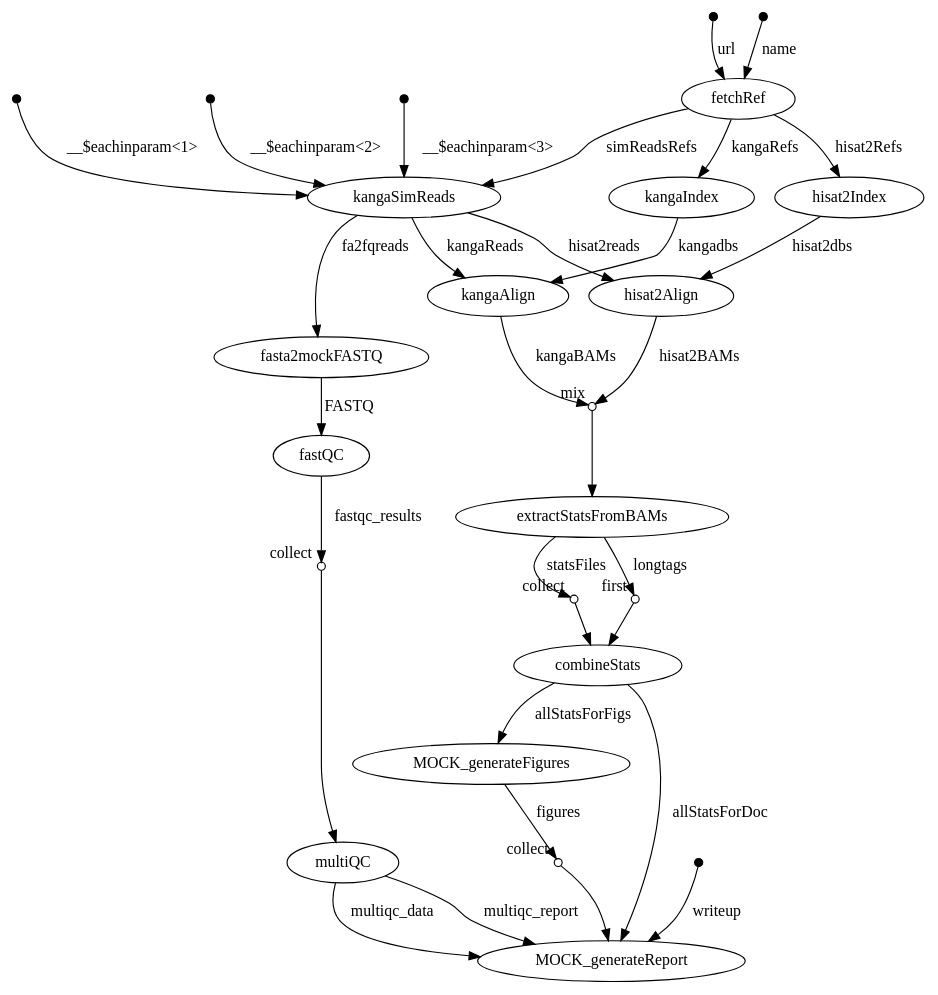
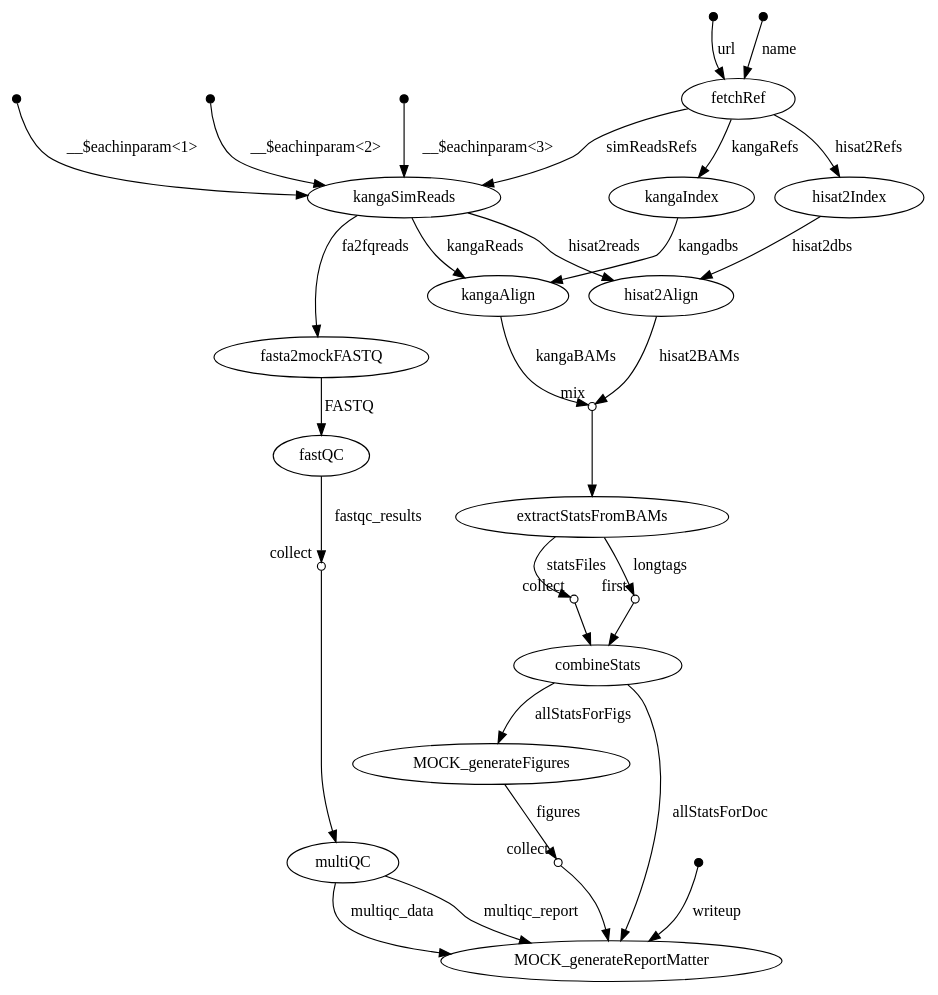
The diagram in doc/flowchart.dot (csiro-crop-informatics/reproducible_poc), drawn with Graphviz before and after one commit. The commit also changed 3 other files, not shown here.

```diff
--- a/doc/flowchart.dot
+++ b/doc/flowchart.dot
@@ -1,122 +1,122 @@
 digraph flowchart {
 p0 [shape=point,label="",fixedsize=true,width=0.1];
 p2 [label="fetchRef"];
 p0 -> p2 [label="url"];
 
 p1 [shape=point,label="",fixedsize=true,width=0.1];
 p2 [label="fetchRef"];
 p1 -> p2 [label="name"];
 
 p2 [label="fetchRef"];
 p13 [label="kangaIndex"];
 p2 -> p13 [label="kangaRefs"];
 
 p2 [label="fetchRef"];
 p11 [label="hisat2Index"];
 p2 -> p11 [label="hisat2Refs"];
 
 p2 [label="fetchRef"];
 p6 [label="kangaSimReads"];
 p2 -> p6 [label="simReadsRefs"];
 
 p3 [shape=point,label="",fixedsize=true,width=0.1];
 p6 [label="kangaSimReads"];
 p3 -> p6 [label="__$eachinparam<1>"];
 
 p4 [shape=point,label="",fixedsize=true,width=0.1];
 p6 [label="kangaSimReads"];
 p4 -> p6 [label="__$eachinparam<2>"];
 
 p5 [shape=point,label="",fixedsize=true,width=0.1];
 p6 [label="kangaSimReads"];
 p5 -> p6 [label="__$eachinparam<3>"];
 
 p6 [label="kangaSimReads"];
 p14 [label="kangaAlign"];
 p6 -> p14 [label="kangaReads"];
 
 p6 [label="kangaSimReads"];
 p12 [label="hisat2Align"];
 p6 -> p12 [label="hisat2reads"];
 
 p6 [label="kangaSimReads"];
 p7 [label="fasta2mockFASTQ"];
 p6 -> p7 [label="fa2fqreads"];
 
 p7 [label="fasta2mockFASTQ"];
 p8 [label="fastQC"];
 p7 -> p8 [label="FASTQ"];
 
 p8 [label="fastQC"];
 p9 [shape=circle,label="",fixedsize=true,width=0.1,xlabel="collect"];
 p8 -> p9 [label="fastqc_results"];
 
 p9 [shape=circle,label="",fixedsize=true,width=0.1,xlabel="collect"];
 p10 [label="multiQC"];
 p9 -> p10;
 
 p10 [label="multiQC"];
-p23 [label="MOCK_generateReport"];
+p23 [label="MOCK_generateReportMatter"];
 p10 -> p23 [label="multiqc_report"];
 
 p10 [label="multiQC"];
-p23 [label="MOCK_generateReport"];
+p23 [label="MOCK_generateReportMatter"];
 p10 -> p23 [label="multiqc_data"];
 
 p11 [label="hisat2Index"];
 p12 [label="hisat2Align"];
 p11 -> p12 [label="hisat2dbs"];
 
 p12 [label="hisat2Align"];
 p15 [shape=circle,label="",fixedsize=true,width=0.1,xlabel="mix"];
 p12 -> p15 [label="hisat2BAMs"];
 
 p13 [label="kangaIndex"];
 p14 [label="kangaAlign"];
 p13 -> p14 [label="kangadbs"];
 
 p14 [label="kangaAlign"];
 p15 [shape=circle,label="",fixedsize=true,width=0.1,xlabel="mix"];
 p14 -> p15 [label="kangaBAMs"];
 
 p15 [shape=circle,label="",fixedsize=true,width=0.1,xlabel="mix"];
 p16 [label="extractStatsFromBAMs"];
 p15 -> p16;
 
 p16 [label="extractStatsFromBAMs"];
 p17 [shape=circle,label="",fixedsize=true,width=0.1,xlabel="collect"];
 p16 -> p17 [label="statsFiles"];
 
 p16 [label="extractStatsFromBAMs"];
 p18 [shape=circle,label="",fixedsize=true,width=0.1,xlabel="first"];
 p16 -> p18 [label="longtags"];
 
 p17 [shape=circle,label="",fixedsize=true,width=0.1,xlabel="collect"];
 p19 [label="combineStats"];
 p17 -> p19;
 
 p18 [shape=circle,label="",fixedsize=true,width=0.1,xlabel="first"];
 p19 [label="combineStats"];
 p18 -> p19;
 
 p19 [label="combineStats"];
 p20 [label="MOCK_generateFigures"];
 p19 -> p20 [label="allStatsForFigs"];
 
 p19 [label="combineStats"];
-p23 [label="MOCK_generateReport"];
+p23 [label="MOCK_generateReportMatter"];
 p19 -> p23 [label="allStatsForDoc"];
 
 p20 [label="MOCK_generateFigures"];
 p21 [shape=circle,label="",fixedsize=true,width=0.1,xlabel="collect"];
 p20 -> p21 [label="figures"];
 
 p21 [shape=circle,label="",fixedsize=true,width=0.1,xlabel="collect"];
-p23 [label="MOCK_generateReport"];
+p23 [label="MOCK_generateReportMatter"];
 p21 -> p23;
 
 p22 [shape=point,label="",fixedsize=true,width=0.1];
-p23 [label="MOCK_generateReport"];
+p23 [label="MOCK_generateReportMatter"];
 p22 -> p23 [label="writeup"];
 
 }
```
